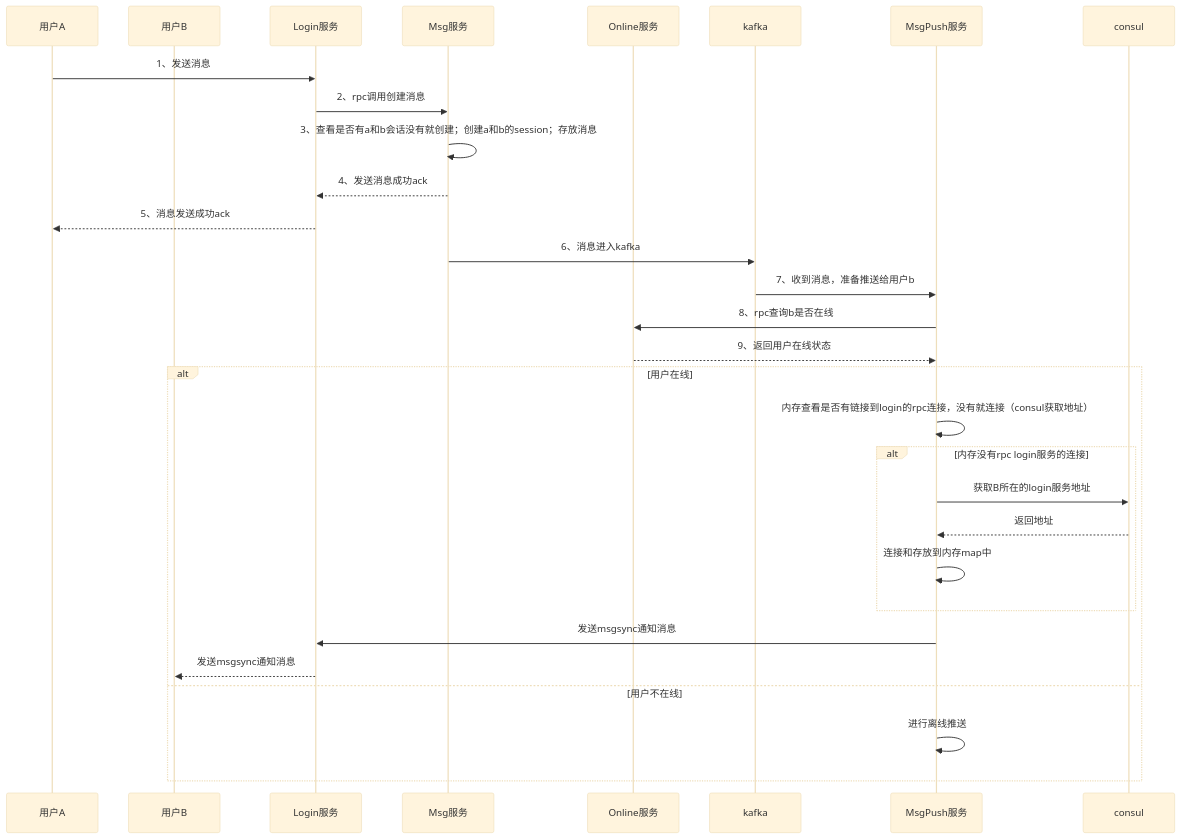
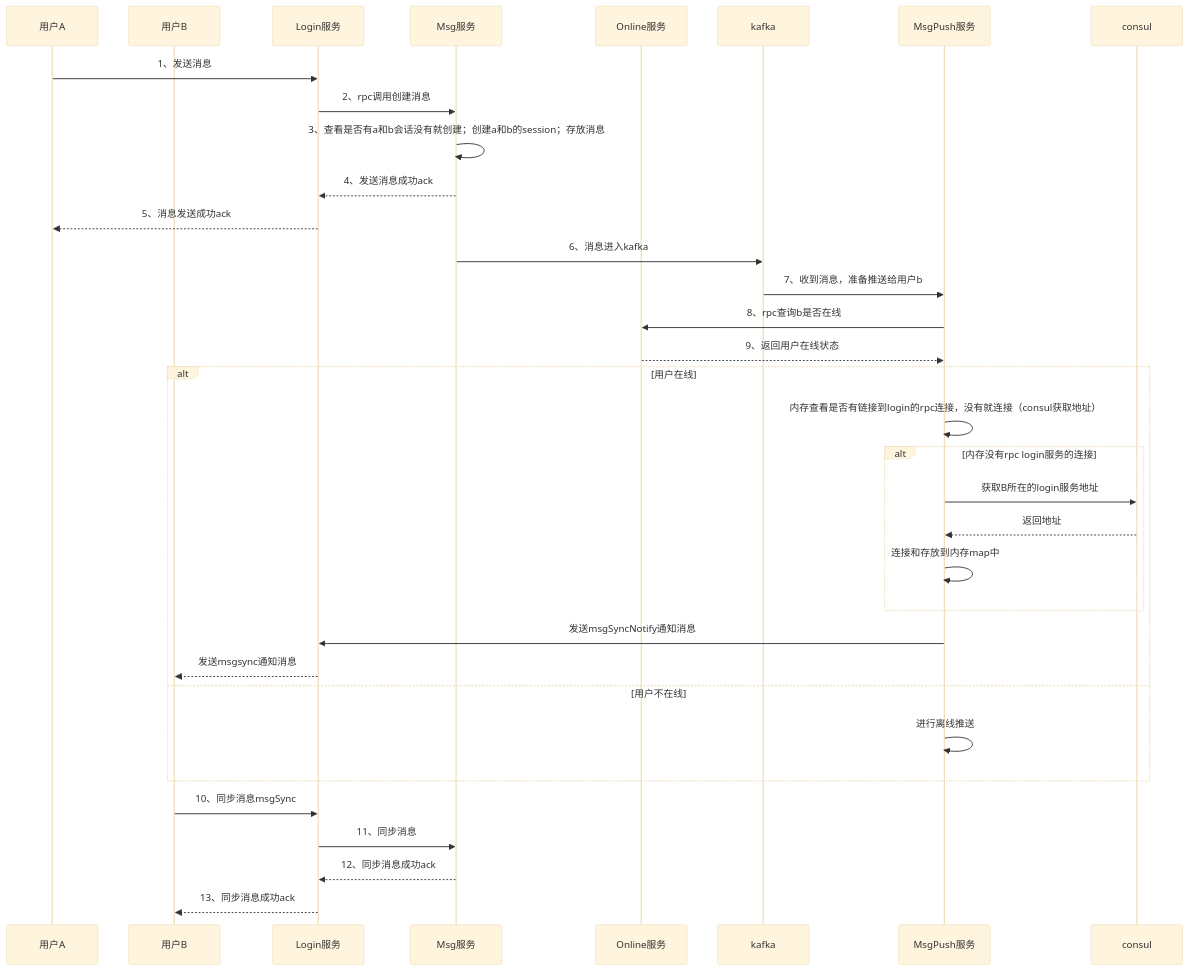
The diagram in doc/im_msg.mmd (haomiao33/minim), drawn with Mermaid (base theme) before and after one commit.

Commit message:
修复文档

```diff
--- a/doc/im_msg.mmd
+++ b/doc/im_msg.mmd
@@ -1,31 +1,35 @@
 sequenceDiagram
     participant A as 用户A
     participant B as 用户B
     participant ServerLogin as Login服务
     participant ServerMsg as Msg服务
     participant ServerOnline as Online服务
     participant kafka
     participant ServerMsgPush as MsgPush服务
     participant consul
 
     A->>ServerLogin: 1、发送消息
     ServerLogin->>ServerMsg: 2、rpc调用创建消息
     ServerMsg->>ServerMsg: 3、查看是否有a和b会话没有就创建；创建a和b的session；存放消息
     ServerMsg-->>ServerLogin: 4、发送消息成功ack
     ServerLogin-->>A: 5、消息发送成功ack
     ServerMsg->>kafka: 6、消息进入kafka
     kafka->>ServerMsgPush: 7、收到消息，准备推送给用户b
     ServerMsgPush->>ServerOnline: 8、rpc查询b是否在线
     ServerOnline-->>ServerMsgPush: 9、返回用户在线状态
     alt 用户在线
         ServerMsgPush->>ServerMsgPush: 内存查看是否有链接到login的rpc连接，没有就连接（consul获取地址）
         alt 内存没有rpc login服务的连接
             ServerMsgPush->>consul: 获取B所在的login服务地址
             consul-->>ServerMsgPush: 返回地址
             ServerMsgPush->>ServerMsgPush: 连接和存放到内存map中
         end
-        ServerMsgPush->>ServerLogin: 发送msgsync通知消息
+        ServerMsgPush->>ServerLogin: 发送msgSyncNotify通知消息
         ServerLogin-->>B: 发送msgsync通知消息
     else 用户不在线
         ServerMsgPush->>ServerMsgPush: 进行离线推送
     end
+    B->>ServerLogin: 10、同步消息msgSync
+    ServerLogin->>ServerMsg: 11、同步消息
+    ServerMsg-->>ServerLogin: 12、同步消息成功ack
+    ServerLogin-->>B: 13、同步消息成功ack
```
